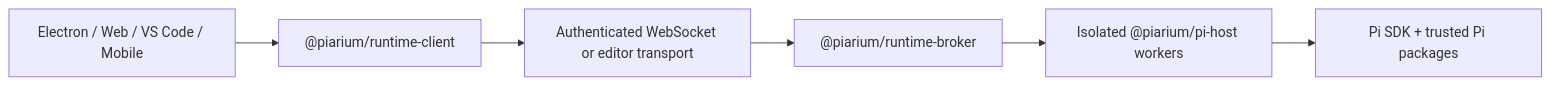
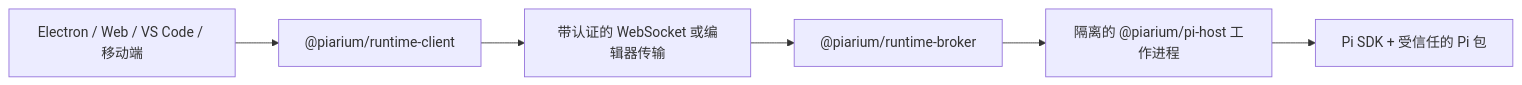
One commit to Youzini-afk/Piarium changed the diagram in README.md. Above: the diagram before and after it, drawn with Mermaid. The commit also changed other lines of this file and 148 other files, not shown here.

````diff
--- a/README.md
+++ b/README.md
@@ -139,8 +130,8 @@
 ```mermaid
 flowchart LR
-    S["Electron / Web / VS Code / Mobile"] --> C["@piarium/runtime-client"]
-    C --> T["Authenticated WebSocket or editor transport"]
+    S["Electron / Web / VS Code / 移动端"] --> C["@piarium/runtime-client"]
+    C --> T["带认证的 WebSocket 或编辑器传输"]
     T --> B["@piarium/runtime-broker"]
-    B --> H["Isolated @piarium/pi-host workers"]
-    H --> P["Pi SDK + trusted Pi packages"]
+    B --> H["隔离的 @piarium/pi-host 工作进程"]
+    H --> P["Pi SDK + 受信任的 Pi 包"]
 ```
````
